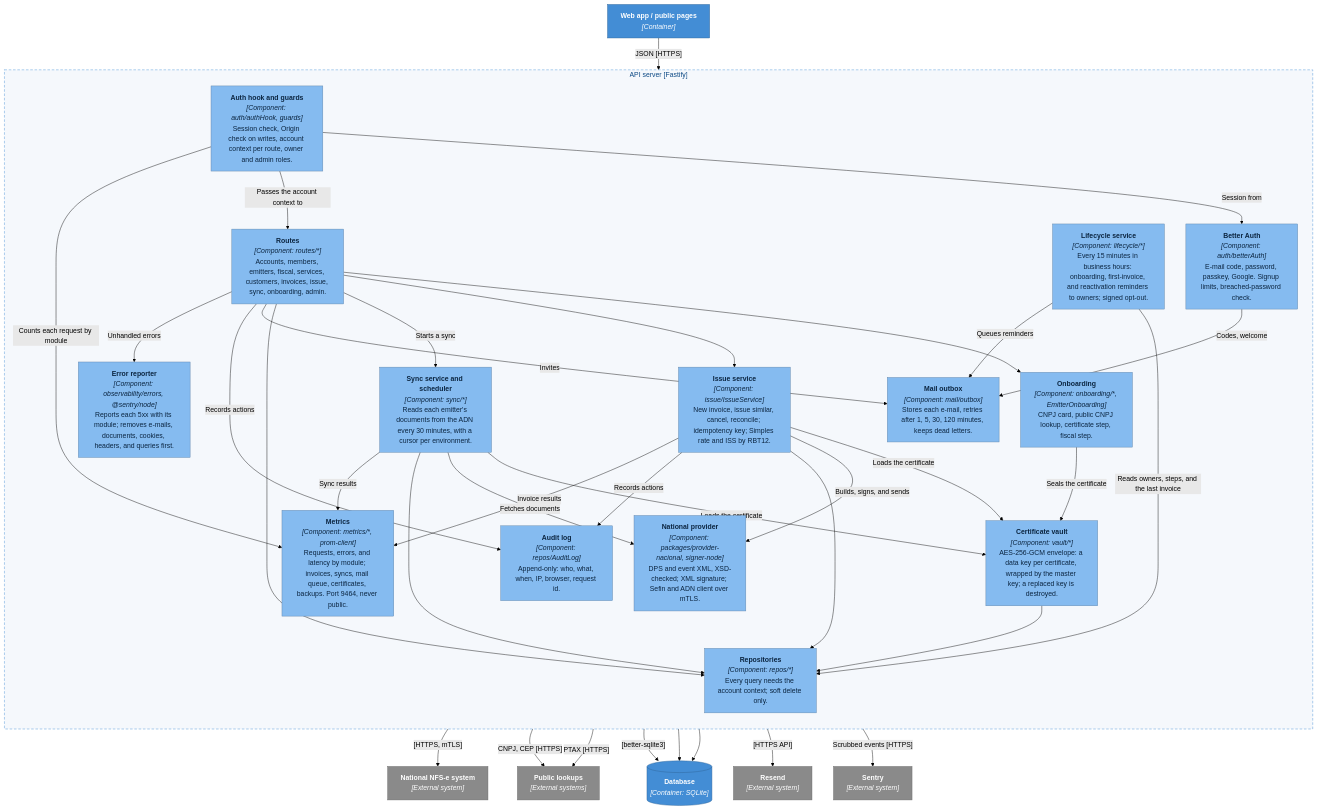
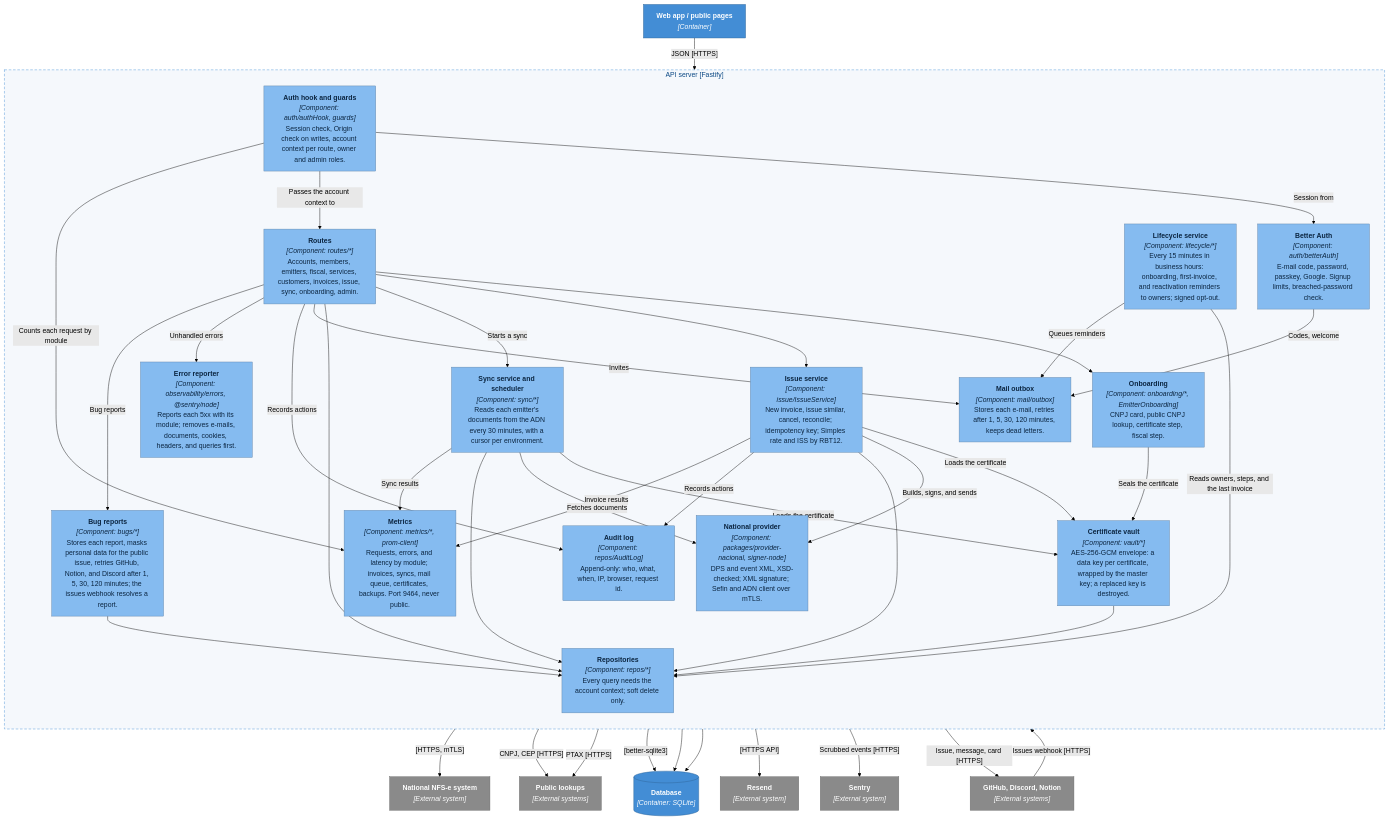
One commit to Vapulab/notaflow changed the diagram in docs/ENGINEERING/ARCHITECTURE/diagrams/c4-3-server-components.mmd. Above: the diagram before and after it, drawn with Mermaid (forest theme). The commit also changed 11 other files, not shown here.

First line of the commit message:
docs: add the bug reports RFC and update the C4 diagrams

```diff
--- a/docs/ENGINEERING/ARCHITECTURE/diagrams/c4-3-server-components.mmd
+++ b/docs/ENGINEERING/ARCHITECTURE/diagrams/c4-3-server-components.mmd
@@ -1,70 +1,76 @@
 %% C4 level 3: components of the API server (apps/server). Render with diagrams/render.html (see README.md).
 flowchart TB
   web["<b>Web app / public pages</b><br/><i>[Container]</i>"]
 
   subgraph boundary["API server [Fastify]"]
     direction TB
     authhook["<b>Auth hook and guards</b><br/><i>[Component: auth/authHook, guards]</i><br/>Session check, Origin check on writes, account context per route, owner and admin roles."]
     betterauth["<b>Better Auth</b><br/><i>[Component: auth/betterAuth]</i><br/>E-mail code, password, passkey, Google. Signup limits, breached-password check."]
     routes["<b>Routes</b><br/><i>[Component: routes/*]</i><br/>Accounts, members, emitters, fiscal, services, customers, invoices, issue, sync, onboarding, admin."]
     onboarding["<b>Onboarding</b><br/><i>[Component: onboarding/*, EmitterOnboarding]</i><br/>CNPJ card, public CNPJ lookup, certificate step, fiscal step."]
     issue["<b>Issue service</b><br/><i>[Component: issue/IssueService]</i><br/>New invoice, issue similar, cancel, reconcile; idempotency key; Simples rate and ISS by RBT12."]
     sync["<b>Sync service and scheduler</b><br/><i>[Component: sync/*]</i><br/>Reads each emitter's documents from the ADN every 30 minutes, with a cursor per environment."]
     vault["<b>Certificate vault</b><br/><i>[Component: vault/*]</i><br/>AES-256-GCM envelope: a data key per certificate, wrapped by the master key; a replaced key is destroyed."]
     provider["<b>National provider</b><br/><i>[Component: packages/provider-nacional, signer-node]</i><br/>DPS and event XML, XSD-checked; XML signature; Sefin and ADN client over mTLS."]
     repos["<b>Repositories</b><br/><i>[Component: repos/*]</i><br/>Every query needs the account context; soft delete only."]
     outbox["<b>Mail outbox</b><br/><i>[Component: mail/outbox]</i><br/>Stores each e-mail, retries after 1, 5, 30, 120 minutes, keeps dead letters."]
     metrics["<b>Metrics</b><br/><i>[Component: metrics/*, prom-client]</i><br/>Requests, errors, and latency by module; invoices, syncs, mail queue, certificates, backups. Port 9464, never public."]
     lifecycle["<b>Lifecycle service</b><br/><i>[Component: lifecycle/*]</i><br/>Every 15 minutes in business hours: onboarding, first-invoice, and reactivation reminders to owners; signed opt-out."]
     errors["<b>Error reporter</b><br/><i>[Component: observability/errors, @sentry/node]</i><br/>Reports each 5xx with its module; removes e-mails, documents, cookies, headers, and queries first."]
+    bugs["<b>Bug reports</b><br/><i>[Component: bugs/*]</i><br/>Stores each report, masks personal data for the public issue, retries GitHub, Notion, and Discord after 1, 5, 30, 120 minutes; the issues webhook resolves a report."]
     audit["<b>Audit log</b><br/><i>[Component: repos/AuditLog]</i><br/>Append-only: who, what, when, IP, browser, request id."]
   end
 
   db[("<b>Database</b><br/><i>[Container: SQLite]</i>")]
   nacional["<b>National NFS-e system</b><br/><i>[External system]</i>"]
   resend["<b>Resend</b><br/><i>[External system]</i>"]
   lookups["<b>Public lookups</b><br/><i>[External systems]</i>"]
   sentry["<b>Sentry</b><br/><i>[External system]</i>"]
+  bugtools["<b>GitHub, Discord, Notion</b><br/><i>[External systems]</i>"]
 
   web -- "JSON [HTTPS]" --> authhook
   authhook -- "Session from" --> betterauth
   authhook -- "Passes the account context to" --> routes
   routes --> onboarding
   routes --> issue
   routes -- "Starts a sync" --> sync
   onboarding -- "Seals the certificate" --> vault
   issue -- "Loads the certificate" --> vault
   sync -- "Loads the certificate" --> vault
   issue -- "Builds, signs, and sends" --> provider
   sync -- "Fetches documents" --> provider
   provider -- "[HTTPS, mTLS]" --> nacional
   onboarding -- "CNPJ, CEP [HTTPS]" --> lookups
   issue -- "PTAX [HTTPS]" --> lookups
   routes --> repos
   issue --> repos
   sync --> repos
   vault --> repos
   repos -- "[better-sqlite3]" --> db
   betterauth -- "Codes, welcome" --> outbox
   routes -- "Invites" --> outbox
   outbox -- "[HTTPS API]" --> resend
   outbox --> db
   routes -- "Records actions" --> audit
   issue -- "Records actions" --> audit
   audit --> db
   authhook -- "Counts each request by module" --> metrics
   issue -- "Invoice results" --> metrics
   sync -- "Sync results" --> metrics
   lifecycle -- "Reads owners, steps, and the last invoice" --> repos
   lifecycle -- "Queues reminders" --> outbox
   routes -- "Unhandled errors" --> errors
   errors -- "Scrubbed events [HTTPS]" --> sentry
+  routes -- "Bug reports" --> bugs
+  bugs --> repos
+  bugs -- "Issue, message, card [HTTPS]" --> bugtools
+  bugtools -- "Issues webhook [HTTPS]" --> bugs
 
   classDef person fill:#08427b,stroke:#052e56,color:#fff
   classDef container fill:#438dd5,stroke:#2e6295,color:#fff
   classDef component fill:#85bbf0,stroke:#5d82a8,color:#0b2540
   classDef external fill:#8a8a8a,stroke:#6b6b6b,color:#fff
   class web,db container
-  class authhook,betterauth,routes,onboarding,issue,sync,vault,provider,repos,outbox,audit,metrics,errors,lifecycle component
-  class nacional,resend,lookups,sentry external
+  class authhook,betterauth,routes,onboarding,issue,sync,vault,provider,repos,outbox,audit,metrics,errors,lifecycle,bugs component
+  class nacional,resend,lookups,sentry,bugtools external
   style boundary fill:#f5f8fc,stroke:#438dd5,stroke-dasharray:6 4,color:#0b4884
```
